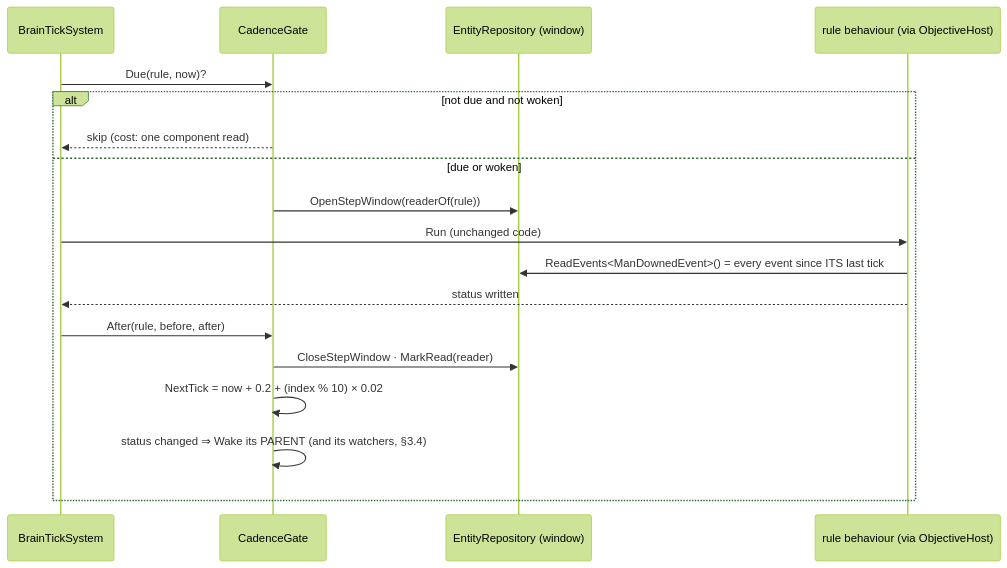
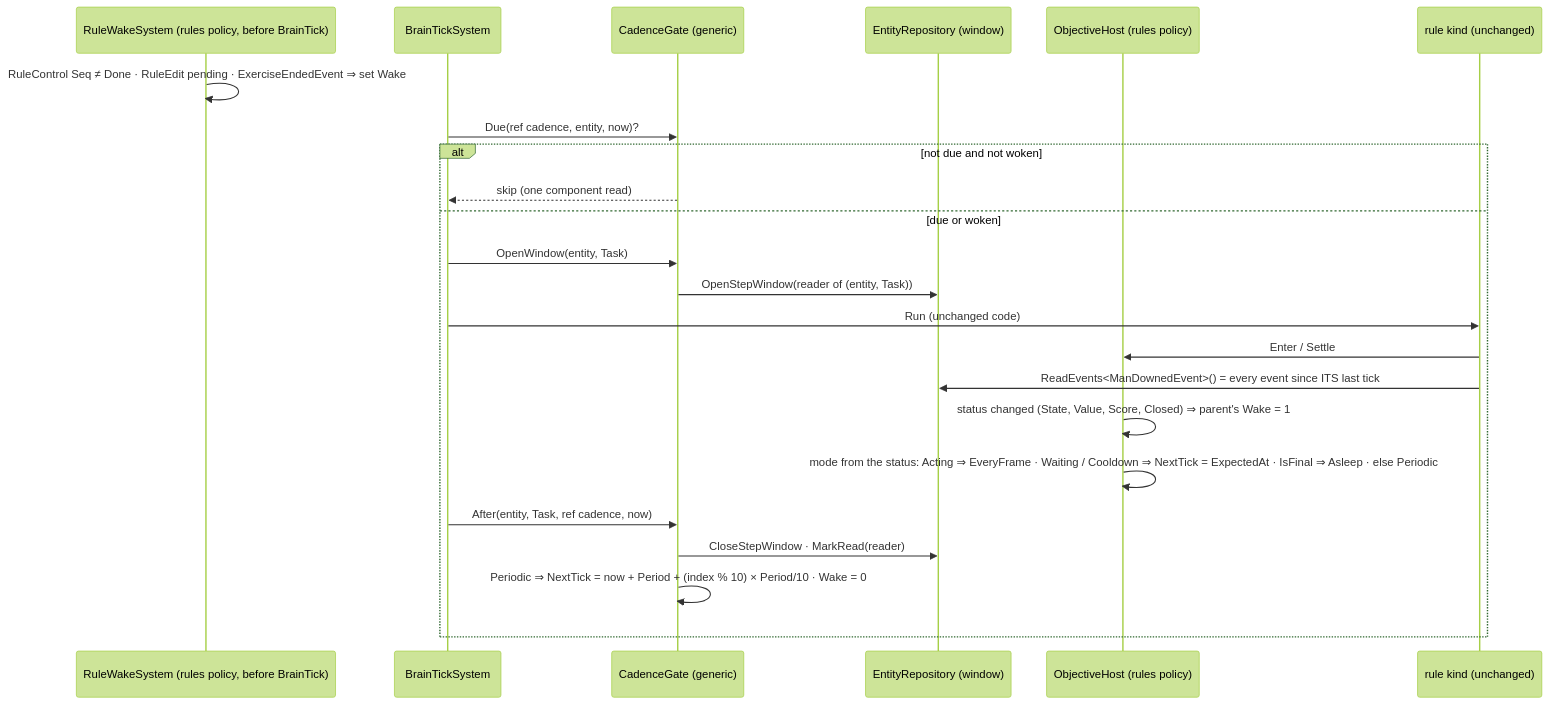
One commit to pjanec/HROT changed the third of 5 diagrams in docs/DESIGN_Evaluation_Cost_And_Cadence.md. Above: the diagram before and after it, drawn with Mermaid (forest theme). The commit also changed other lines of this file, not shown here.

First line of the commit message:
DESIGN_Evaluation_Cost_And_Cadence: build specification (§7a S1-S9), rails per feature suite (§7b), task proposal (§7c); the wake/mode policy moved out of the generic gate into ObjectiveHost + RuleWakeSystem

````diff
--- a/docs/DESIGN_Evaluation_Cost_And_Cadence.md
+++ b/docs/DESIGN_Evaluation_Cost_And_Cadence.md
@@ -170,20 +170,25 @@
 ```mermaid
 sequenceDiagram
+  participant WK as RuleWakeSystem (rules policy, before BrainTick)
   participant BT as BrainTickSystem
-  participant G as CadenceGate
+  participant G as CadenceGate (generic)
   participant W as EntityRepository (window)
-  participant R as rule behaviour (via ObjectiveHost)
-  BT->>G: Due(rule, now)?
+  participant H as ObjectiveHost (rules policy)
+  participant R as rule kind (unchanged)
+  WK->>WK: RuleControl Seq ≠ Done · RuleEdit pending · ExerciseEndedEvent ⇒ set Wake
+  BT->>G: Due(ref cadence, entity, now)?
   alt not due and not woken
-    G-->>BT: skip (cost: one component read)
+    G-->>BT: skip (one component read)
   else due or woken
-    G->>W: OpenStepWindow(readerOf(rule))
+    BT->>G: OpenWindow(entity, Task)
+    G->>W: OpenStepWindow(reader of (entity, Task))
     BT->>R: Run (unchanged code)
+    R->>H: Enter / Settle
     R->>W: ReadEvents<ManDownedEvent>() = every event since ITS last tick
-    R-->>BT: status written
-    BT->>G: After(rule, before, after)
+    H->>H: status changed (State, Value, Score, Closed) ⇒ parent's Wake = 1
+    H->>H: mode from the status: Acting ⇒ EveryFrame · Waiting / Cooldown ⇒ NextTick = ExpectedAt · IsFinal ⇒ Asleep · else Periodic
+    BT->>G: After(entity, Task, ref cadence, now)
     G->>W: CloseStepWindow · MarkRead(reader)
-    G->>G: NextTick = now + 0.2 + (index % 10) × 0.02
-    G->>G: status changed ⇒ Wake its PARENT (and its watchers, §3.4)
+    G->>G: Periodic ⇒ NextTick = now + Period + (index % 10) × Period/10 · Wake = 0
   end
 ```
````
